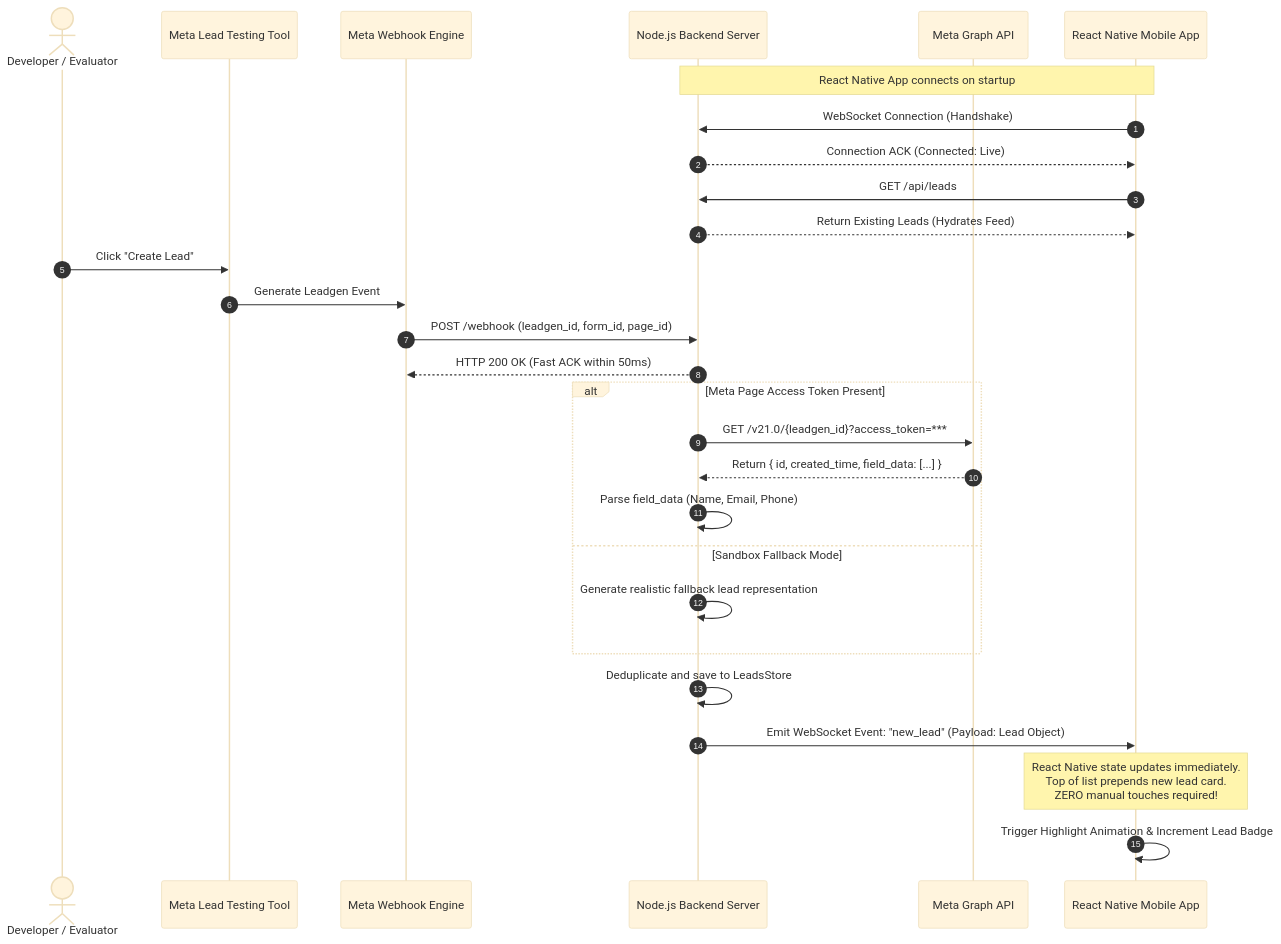
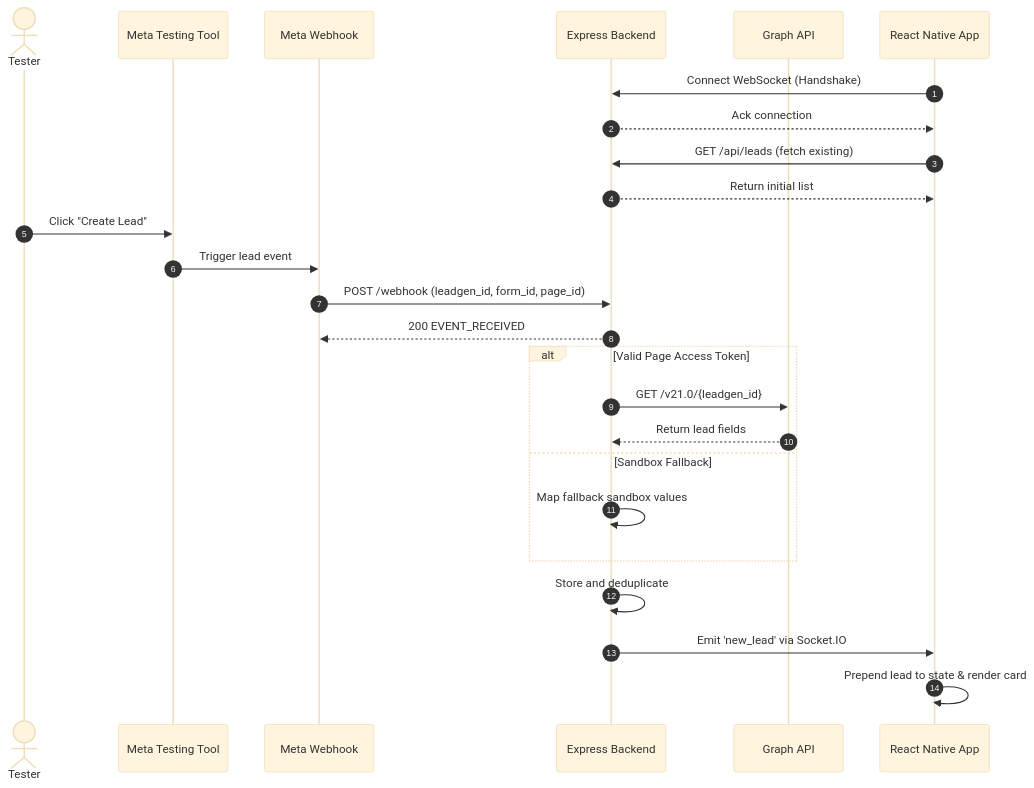
The second of 2 diagrams in ARCHITECTURE.md (nikhilthange/unque), drawn with Mermaid (base theme) before and after one commit. The commit also changed other lines of this file and 10 other files, not shown here.

````diff
--- a/ARCHITECTURE.md
+++ b/ARCHITECTURE.md
@@ -53,35 +52,31 @@
 ```mermaid
 sequenceDiagram
     autonumber
-    actor Dev as Developer / Evaluator
-    participant MetaTool as Meta Lead Testing Tool
-    participant MetaHooks as Meta Webhook Engine
-    participant Backend as Node.js Backend Server
-    participant GraphAPI as Meta Graph API
-    participant RNApp as React Native Mobile App
+    actor Evaluator as Tester
+    participant MetaTool as Meta Testing Tool
+    participant MetaServer as Meta Webhook
+    participant Backend as Express Backend
+    participant Graph as Graph API
+    participant App as React Native App
 
-    Note over RNApp, Backend: React Native App connects on startup
-    RNApp->>Backend: WebSocket Connection (Handshake)
-    Backend-->>RNApp: Connection ACK (Connected: Live)
-    RNApp->>Backend: GET /api/leads
-    Backend-->>RNApp: Return Existing Leads (Hydrates Feed)
+    App->>Backend: Connect WebSocket (Handshake)
+    Backend-->>App: Ack connection
+    App->>Backend: GET /api/leads (fetch existing)
+    Backend-->>App: Return initial list
 
-    Dev->>MetaTool: Click "Create Lead"
-    MetaTool->>MetaHooks: Generate Leadgen Event
-    MetaHooks->>Backend: POST /webhook (leadgen_id, form_id, page_id)
-    Backend-->>MetaHooks: HTTP 200 OK (Fast ACK within 50ms)
+    Evaluator->>MetaTool: Click "Create Lead"
+    MetaTool->>MetaServer: Trigger lead event
+    MetaServer->>Backend: POST /webhook (leadgen_id, form_id, page_id)
+    Backend-->>MetaServer: 200 EVENT_RECEIVED
 
-    alt Meta Page Access Token Present
-        Backend->>GraphAPI: GET /v21.0/{leadgen_id}?access_token=***
-        GraphAPI-->>Backend: Return { id, created_time, field_data: [...] }
-        Backend->>Backend: Parse field_data (Name, Email, Phone)
-    else Sandbox Fallback Mode
-        Backend->>Backend: Generate realistic fallback lead representation
+    alt Valid Page Access Token
+        Backend->>Graph: GET /v21.0/{leadgen_id}
+        Graph-->>Backend: Return lead fields
+    else Sandbox Fallback
+        Backend->>Backend: Map fallback sandbox values
     end
 
-    Backend->>Backend: Deduplicate and save to LeadsStore
-    Backend->>RNApp: Emit WebSocket Event: "new_lead" (Payload: Lead Object)
-
-    Note over RNApp: React Native state updates immediately.<br/>Top of list prepends new lead card.<br/>ZERO manual touches required!
-    RNApp->>RNApp: Trigger Highlight Animation & Increment Lead Badge
+    Backend->>Backend: Store and deduplicate
+    Backend->>App: Emit 'new_lead' via Socket.IO
+    App->>App: Prepend lead to state & render card
 ```
````
